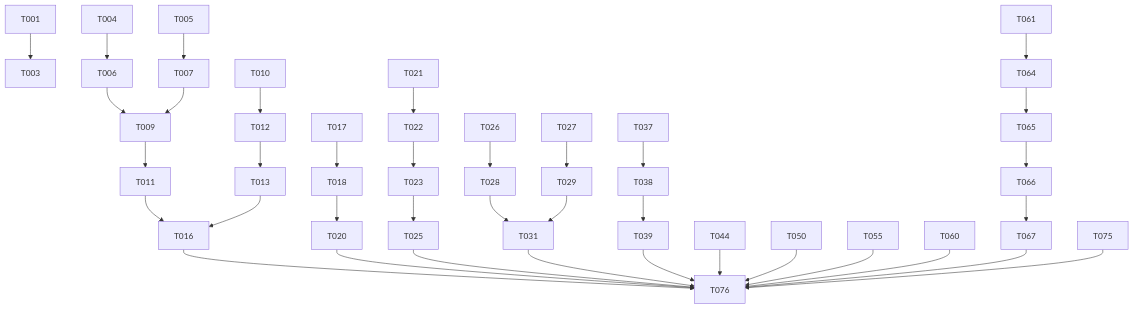
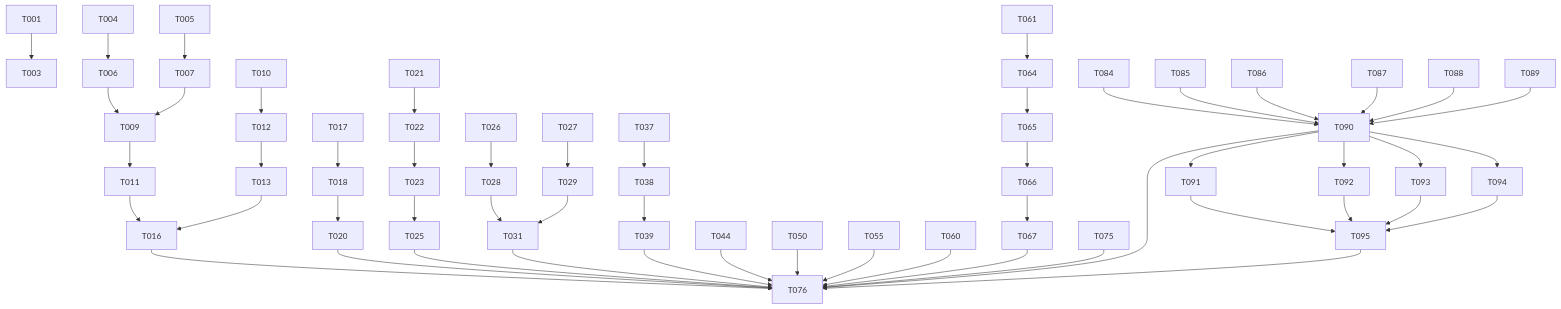
Before and after one commit to CivicActions/m2py: the diagram in specs/017-ydb-test-failures/tasks.md, drawn with Mermaid. The commit also changed other lines of this file and 8 other files, not shown here.

````diff
--- a/specs/017-ydb-test-failures/tasks.md
+++ b/specs/017-ydb-test-failures/tasks.md
@@ -519,45 +852,66 @@
 ```mermaid
 graph TD
     T001 --> T003
     T004 --> T006
     T005 --> T007
     T006 --> T009
     T007 --> T009
     T009 --> T011
     T010 --> T012
     T011 --> T016
     T012 --> T013
     T013 --> T016
     
     T017 --> T018
     T018 --> T020
     
     T021 --> T022
     T022 --> T023
     T023 --> T025
     
     T026 --> T028
     T027 --> T029
     T028 --> T031
     T029 --> T031
     
     T037 --> T038
     T038 --> T039
     
     T061 --> T064
     T064 --> T065
     T065 --> T066
     T066 --> T067
     
     T016 --> T076
     T020 --> T076
     T025 --> T076
     T031 --> T076
     T039 --> T076
     T044 --> T076
     T050 --> T076
     T055 --> T076
     T060 --> T076
     T067 --> T076
     T075 --> T076
+    
+    %% Phase 16: MUGJ Suite
+    T084 --> T090
+    T085 --> T090
+    T086 --> T090
+    T087 --> T090
+    T088 --> T090
+    T089 --> T090
+    
+    %% Phase 17: Basic Suite (after MUGJ)
+    T090 --> T091
+    T090 --> T092
+    T090 --> T093
+    T090 --> T094
+    T091 --> T095
+    T092 --> T095
+    T093 --> T095
+    T094 --> T095
+    
+    T090 --> T076
+    T095 --> T076
 ```
````
